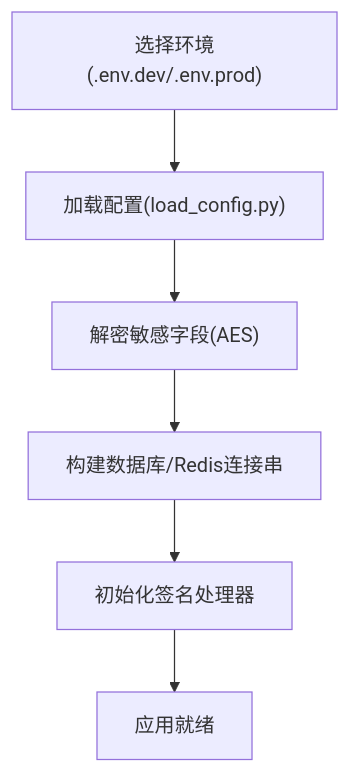
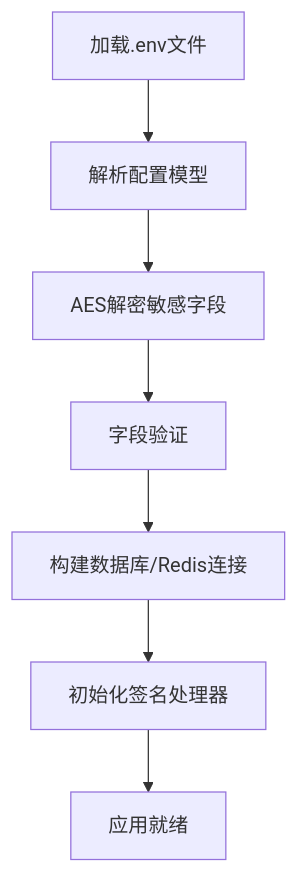
One commit to lilinzezzzzzz/fastapi-backend changed the eighth of 9 diagrams in .qoder/repowiki/zh/content/安全认证机制/安全认证机制.md. Above: the diagram before and after it, drawn with Mermaid. The commit also changed other lines of this file and 42 other files, not shown here.

````diff
--- a/.qoder/repowiki/zh/content/安全认证机制/安全认证机制.md
+++ b/.qoder/repowiki/zh/content/安全认证机制/安全认证机制.md
@@ -298,8 +385,9 @@
 ```mermaid
 flowchart TD
-Env["选择环境(.env.dev/.env.prod)"] --> LoadCfg["加载配置(load_config.py)"]
-LoadCfg --> Decrypt["解密敏感字段(AES)"]
-Decrypt --> BuildURI["构建数据库/Redis连接串"]
-BuildURI --> InitSig["初始化签名处理器"]
-InitSig --> Ready["应用就绪"]
+Env["加载.env文件"] --> LoadSettings["解析配置模型"]
+LoadSettings --> Decrypt["AES解密敏感字段"]
+Decrypt --> Validate["字段验证"]
+Validate --> BuildConnections["构建数据库/Redis连接"]
+BuildConnections --> InitComponents["初始化签名处理器"]
+InitComponents --> Ready["应用就绪"]
 ```
````
